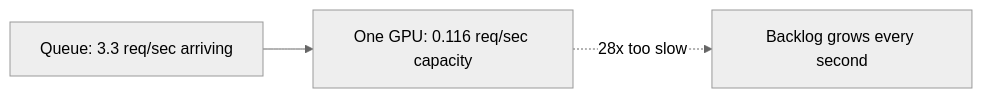
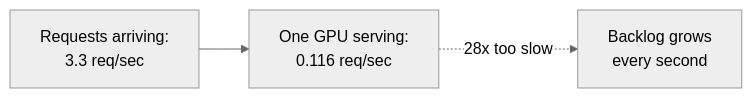
The third of 13 diagrams in system-design/HLD/0-course/42-Design-a-ChatGPT-System-FAANG-Guide-story.md (riyaz-pasha/Learnings), drawn with Mermaid (neutral theme) before and after one commit. The commit also changed other lines of this file and 1 other file, not shown here.

Commit message:
[REWRITE] ChatGPT System story guide: simplify prose, add structure, fix diagrams

````diff
--- a/system-design/HLD/0-course/42-Design-a-ChatGPT-System-FAANG-Guide-story.md
+++ b/system-design/HLD/0-course/42-Design-a-ChatGPT-System-FAANG-Guide-story.md
@@ -72,5 +181,5 @@
 ```mermaid
 flowchart LR
-    Q["Queue: 3.3 req/sec arriving"] --> GPU["One GPU: 0.116 req/sec capacity"]
-    GPU -.->|"28x too slow"| Backlog["Backlog grows every second"]
+    Q["Requests arriving:<br/>3.3 req/sec"] --> GPU["One GPU serving:<br/>0.116 req/sec"]
+    GPU -.->|"28x too slow"| Backlog["Backlog grows<br/>every second"]
 ```
````
